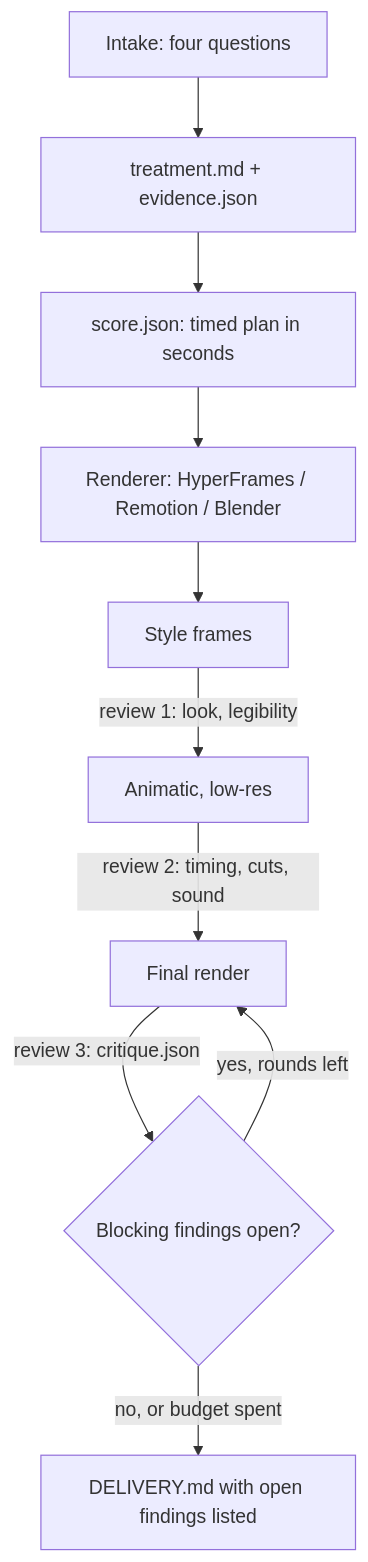
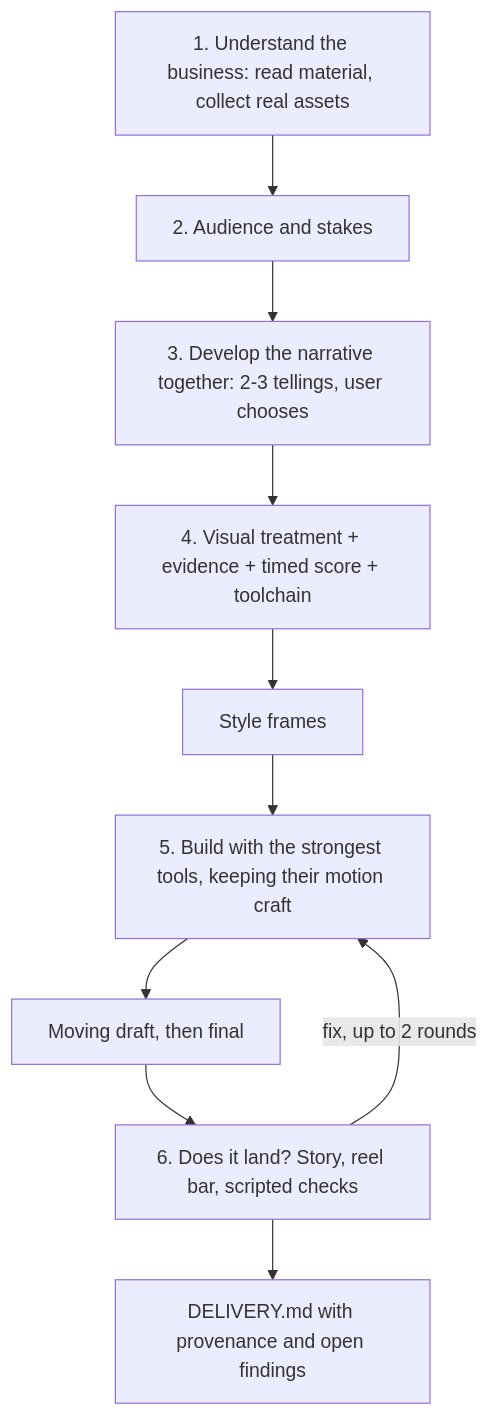
The diagram in README.md (b1rdmania/motion-design), drawn with Mermaid before and after one commit. The commit also changed other lines of this file, not shown here.

````diff
--- a/README.md
+++ b/README.md
@@ -19,12 +13,12 @@
 ```mermaid
 flowchart TD
-    A[Intake: four questions] --> B[treatment.md + evidence.json]
-    B --> C[score.json: timed plan in seconds]
-    C --> D[Renderer: HyperFrames / Remotion / Blender]
+    A[1. Understand the business: read material, collect real assets] --> B[2. Audience and stakes]
+    B --> C[3. Develop the narrative together: 2-3 tellings, user chooses]
+    C --> D[4. Visual treatment + evidence + timed score + toolchain]
     D --> E[Style frames]
-    E -->|review 1: look, legibility| F[Animatic, low-res]
-    F -->|review 2: timing, cuts, sound| G[Final render]
-    G -->|review 3: critique.json| H{Blocking findings open?}
-    H -- yes, rounds left --> G
-    H -- no, or budget spent --> I[DELIVERY.md with open findings listed]
+    E --> F[5. Build with the strongest tools, keeping their motion craft]
+    F --> G[Moving draft, then final]
+    G --> H[6. Does it land? Story, reel bar, scripted checks]
+    H -- fix, up to 2 rounds --> F
+    H --> I[DELIVERY.md with provenance and open findings]
 ```
````
